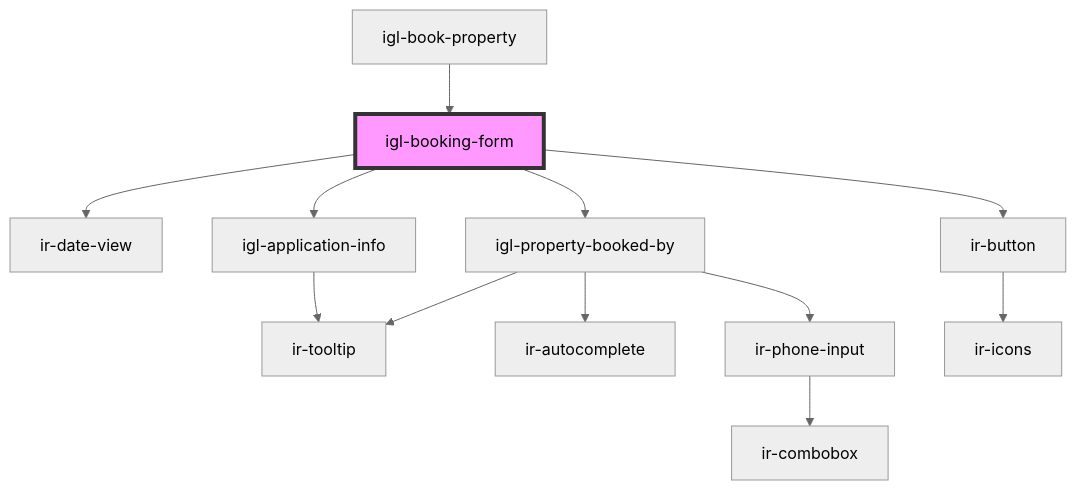
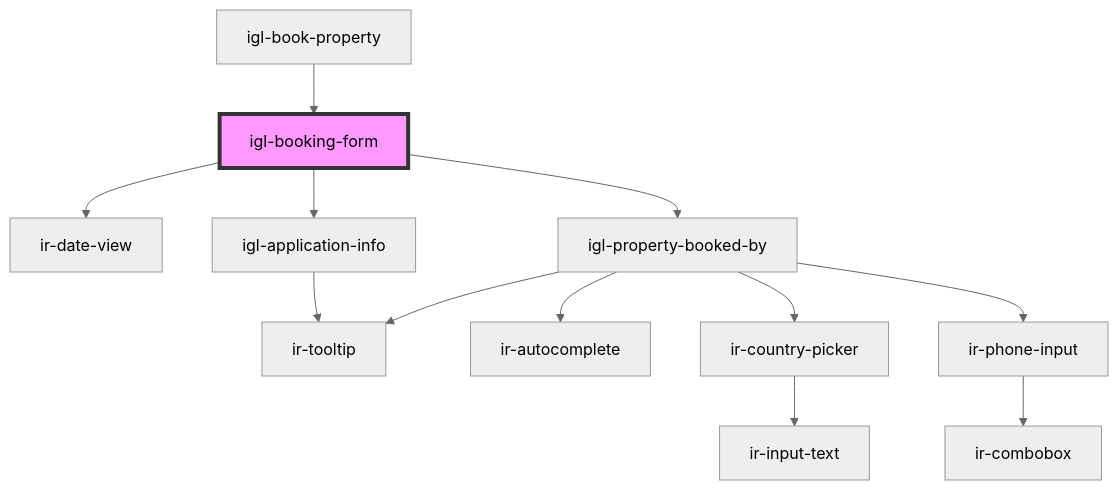
Before and after one commit to RonyRizk/ir-webcmp: the diagram in src/components/igloo-calendar/igl-book-property/igl-booking-form/readme.md, drawn with Mermaid (neutral theme). The commit also changed other lines of this file and 293 other files, not shown here.

````diff
--- a/src/components/igloo-calendar/igl-book-property/igl-booking-form/readme.md
+++ b/src/components/igloo-calendar/igl-book-property/igl-booking-form/readme.md
@@ -51,15 +50,15 @@
 ```mermaid
 graph TD;
   igl-booking-form --> ir-date-view
   igl-booking-form --> igl-application-info
   igl-booking-form --> igl-property-booked-by
-  igl-booking-form --> ir-button
   igl-application-info --> ir-tooltip
   igl-property-booked-by --> ir-autocomplete
   igl-property-booked-by --> ir-tooltip
+  igl-property-booked-by --> ir-country-picker
   igl-property-booked-by --> ir-phone-input
+  ir-country-picker --> ir-input-text
   ir-phone-input --> ir-combobox
-  ir-button --> ir-icons
   igl-book-property --> igl-booking-form
   style igl-booking-form fill:#f9f,stroke:#333,stroke-width:4px
 ```
````
